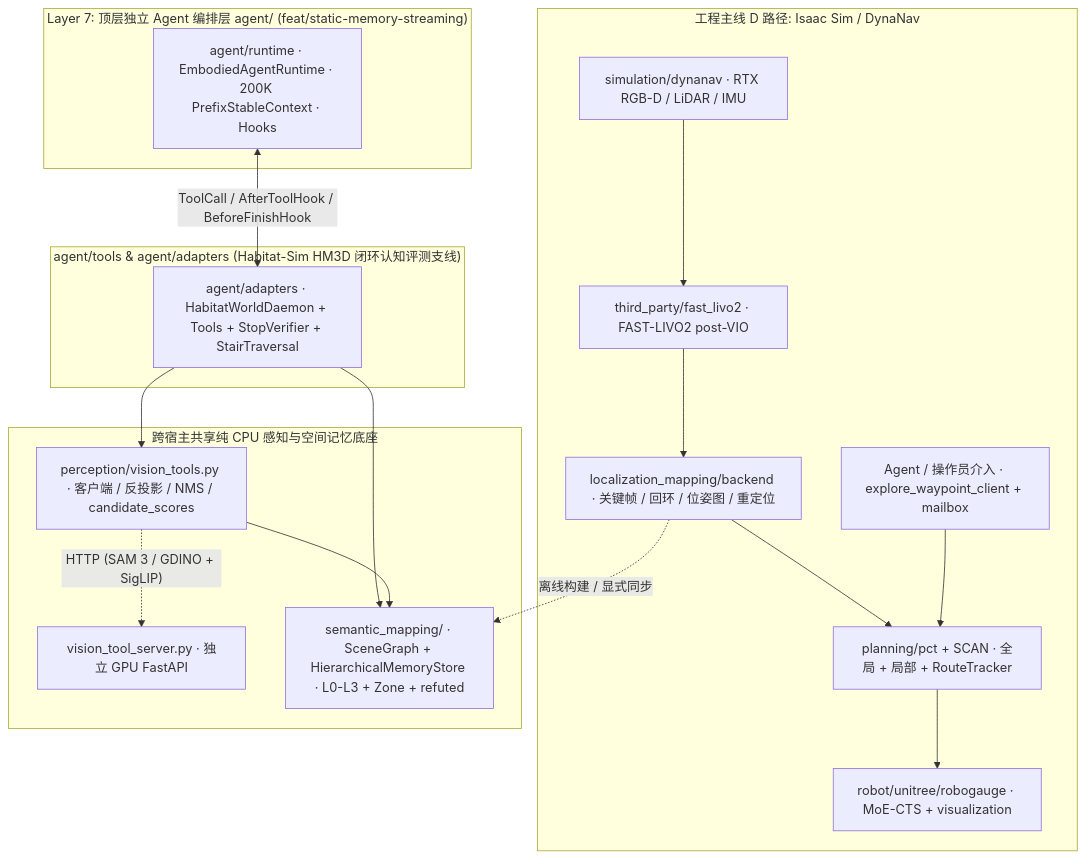
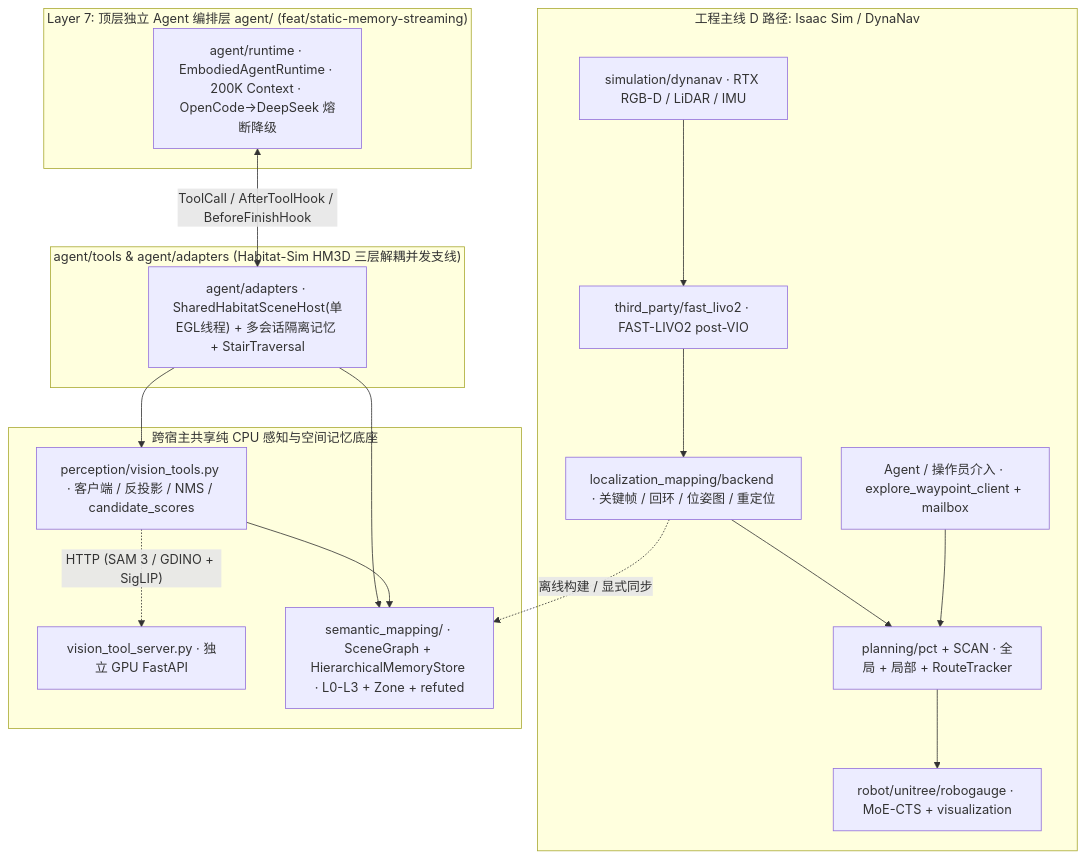
One commit to hk865/embodied-navigation changed the diagram in README.md. Above: the diagram before and after it, drawn with Mermaid. The commit also changed other lines of this file and 16 other files, not shown here.

First line of the commit message:
feat(agent): add 3-state LLM failover circuit and shared-scene Habitat concurrency

````diff
--- a/README.md
+++ b/README.md
@@ -24,29 +24,29 @@
 ```mermaid
 flowchart TB
   subgraph HOST_D["工程主线 D 路径: Isaac Sim / DynaNav"]
     SIM_D["simulation/dynanav · RTX RGB-D / LiDAR / IMU"] --> LIVO["third_party/fast_livo2 · FAST-LIVO2 post-VIO"]
     LIVO --> BE["localization_mapping/backend · 关键帧 / 回环 / 位姿图 / 重定位"]
     BE --> PCT_SCAN["planning/pct + SCAN · 全局 + 局部 + RouteTracker"]
     PCT_SCAN --> GO2["robot/unitree/robogauge · MoE-CTS + visualization"]
     OP["Agent / 操作员介入 · explore_waypoint_client + mailbox"] --> PCT_SCAN
   end
 
   subgraph CORE_MEM["跨宿主共享纯 CPU 感知与空间记忆底座"]
     VTOOL["perception/vision_tools.py · 客户端 / 反投影 / NMS / candidate_scores"] -. "HTTP (SAM 3 / GDINO + SigLIP)" .-> VSRV["vision_tool_server.py · 独立 GPU FastAPI"]
     SMEM["semantic_mapping/ · SceneGraph + HierarchicalMemoryStore · L0-L3 + Zone + refuted"]
   end
 
   subgraph AGENT_RT["Layer 7: 顶层独立 Agent 编排层 agent/ (feat/static-memory-streaming)"]
-    RT["agent/runtime · EmbodiedAgentRuntime · 200K PrefixStableContext · Hooks"]
+    RT["agent/runtime · EmbodiedAgentRuntime · 200K Context · OpenCode->DeepSeek 熔断降级"]
   end
 
-  subgraph HOST_HAB["agent/tools & agent/adapters (Habitat-Sim HM3D 闭环认知评测支线)"]
-    HAB["agent/adapters · HabitatWorldDaemon + Tools + StopVerifier + StairTraversal"]
+  subgraph HOST_HAB["agent/tools & agent/adapters (Habitat-Sim HM3D 三层解耦并发支线)"]
+    HAB["agent/adapters · SharedHabitatSceneHost(单EGL线程) + 多会话隔离记忆 + StairTraversal"]
   end
 
   RT <--> |"ToolCall / AfterToolHook / BeforeFinishHook"| HAB
   HAB --> VTOOL
   HAB --> SMEM
   VTOOL --> SMEM
   BE -. "离线构建 / 显式同步" .-> SMEM
 ```
````
